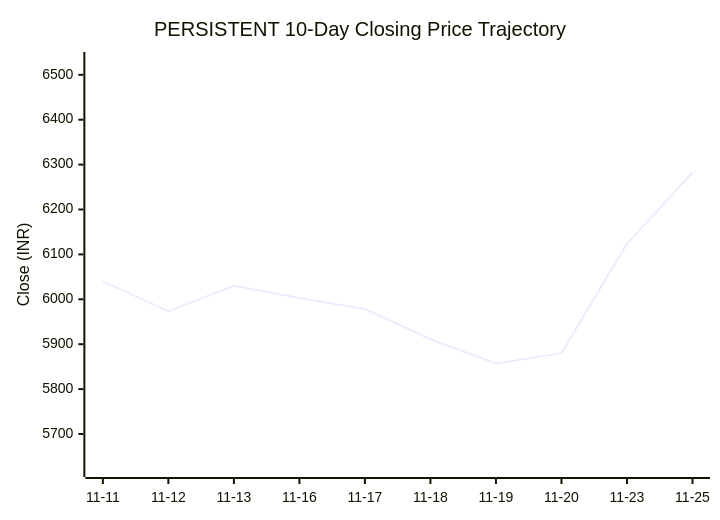
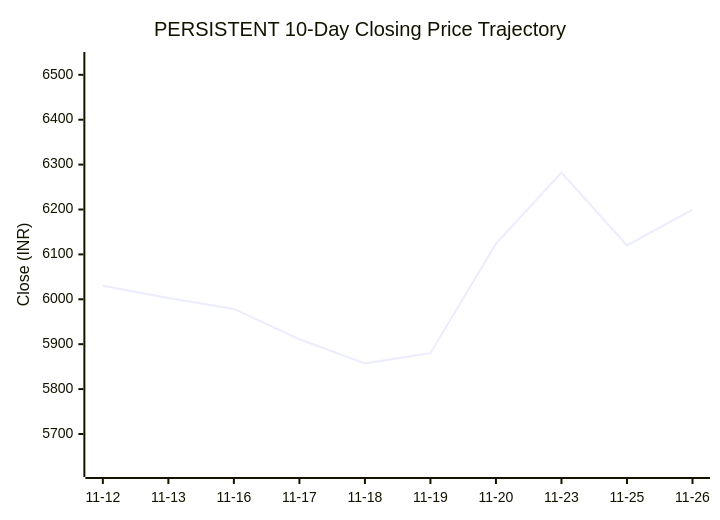
Before and after one commit to purnareddy9/dev: the second of 3 diagrams in market-intelligence/stocks/PERSISTENT/README.md, drawn with Mermaid. The commit also changed other lines of this file and 4 other files, not shown here.

````diff
--- a/market-intelligence/stocks/PERSISTENT/README.md
+++ b/market-intelligence/stocks/PERSISTENT/README.md
@@ -95,7 +95,7 @@
 ```mermaid
 xychart-beta
     title "PERSISTENT 10-Day Closing Price Trajectory"
-    x-axis ["11-11", "11-12", "11-13", "11-16", "11-17", "11-18", "11-19", "11-20", "11-23", "11-25"]
+    x-axis ["11-12", "11-13", "11-16", "11-17", "11-18", "11-19", "11-20", "11-23", "11-25", "11-26"]
     y-axis "Close (INR)" 5622 --> 6533
-    line [6040.0, 5973.5, 6030.0, 6003.0, 5978.5, 5911.0, 5857.0, 5880.0, 6124.0, 6282.5]
+    line [6030.0, 6003.0, 5978.5, 5911.0, 5857.0, 5880.0, 6124.0, 6282.5, 6120.0, 6200.0]
 ```
````
